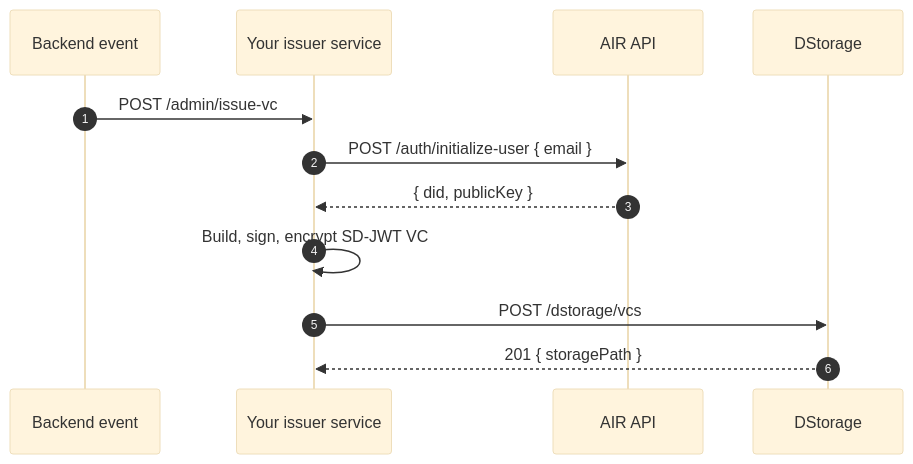
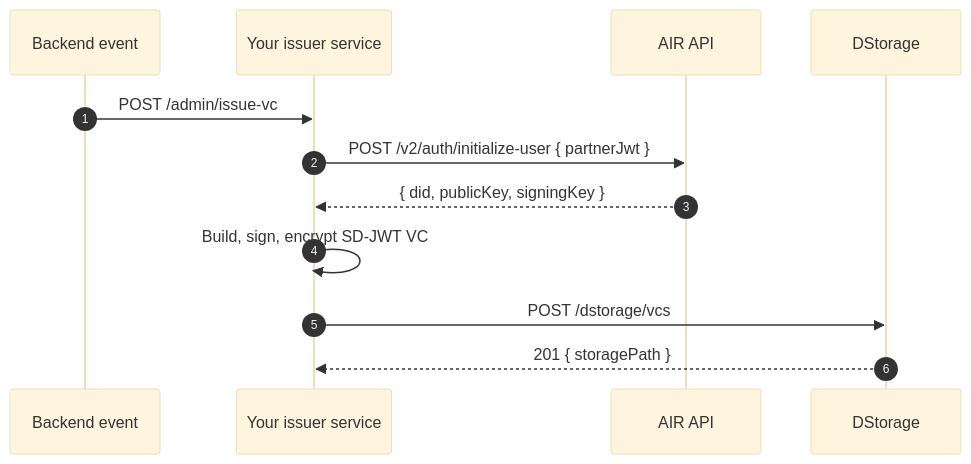
One commit to MocaNetwork/docs changed the second of 2 diagrams in products/identity/issuing-credentials.mdx. Above: the diagram before and after it, drawn with Mermaid (base theme). The commit also changed other lines of this file and 39 other files, not shown here.

````diff
--- a/products/identity/issuing-credentials.mdx
+++ b/products/identity/issuing-credentials.mdx
@@ -207,14 +207,14 @@
 ```mermaid
 sequenceDiagram
     autonumber
     participant Event as Backend event
     participant Backend as Your issuer service
     participant AIR as AIR API
     participant DS as DStorage
     Event->>Backend: POST /admin/issue-vc
-    Backend->>AIR: POST /auth/initialize-user { email }
-    AIR-->>Backend: { did, publicKey }
+    Backend->>AIR: POST /v2/auth/initialize-user { partnerJwt }
+    AIR-->>Backend: { did, publicKey, signingKey }
     Backend->>Backend: Build, sign, encrypt SD-JWT VC
     Backend->>DS: POST /dstorage/vcs
     DS-->>Backend: 201 { storagePath }
 ```
````
